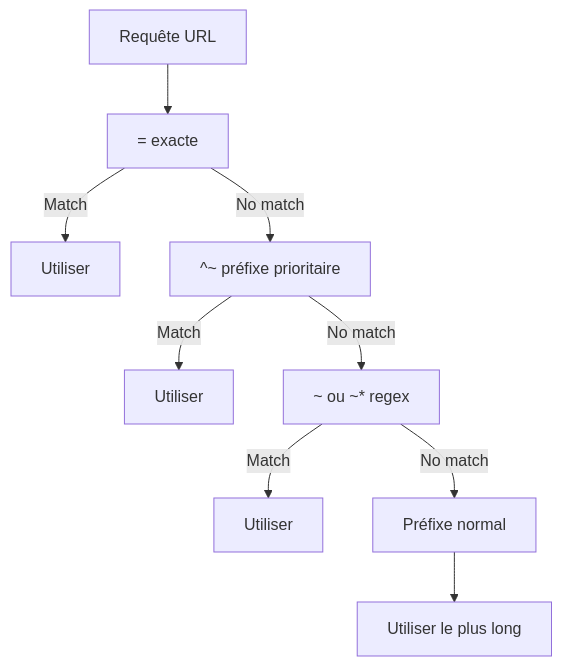
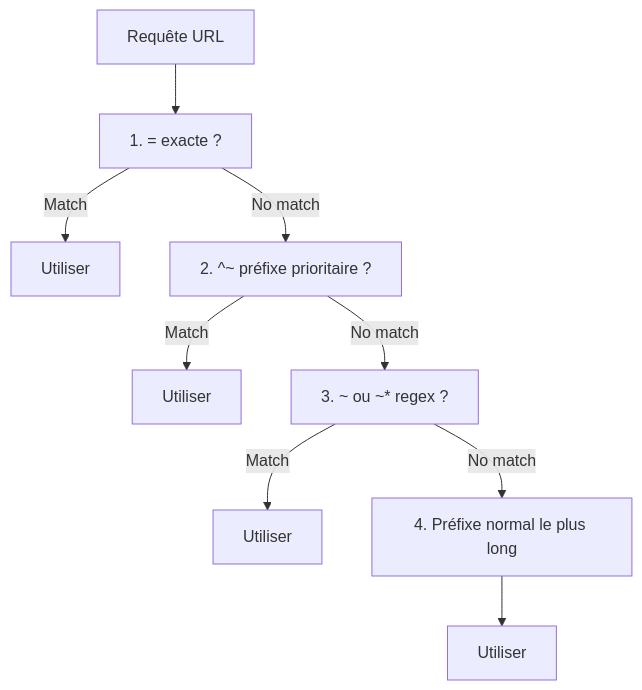
Before and after one commit to haythem-rehouma/deploiement-de-solutions-de-donnees: the fourth of 5 diagrams in 04-docker-swarm-nginx/8-nginx-introduction.md, drawn with Mermaid. The commit also changed other lines of this file and 9 other files, not shown here.

````diff
--- a/04-docker-swarm-nginx/8-nginx-introduction.md
+++ b/04-docker-swarm-nginx/8-nginx-introduction.md
@@ -260,16 +393,16 @@
 ```mermaid
 graph TB
     REQ[Requête URL]
     
-    REQ --> EXACT["= exacte"]
+    REQ --> EXACT["1. = exacte ?"]
     EXACT --> |Match| STOP1[Utiliser]
-    EXACT --> |No match| PREFIX["^~ préfixe prioritaire"]
+    EXACT --> |No match| PREFIX["2. ^~ préfixe prioritaire ?"]
     
     PREFIX --> |Match| STOP2[Utiliser]
-    PREFIX --> |No match| REGEX["~ ou ~* regex"]
+    PREFIX --> |No match| REGEX["3. ~ ou ~* regex ?"]
     
     REGEX --> |Match| STOP3[Utiliser]
-    REGEX --> |No match| NORMAL["Préfixe normal"]
+    REGEX --> |No match| NORMAL["4. Préfixe normal le plus long"]
     
-    NORMAL --> STOP4[Utiliser le plus long]
+    NORMAL --> STOP4[Utiliser]
 ```
````
